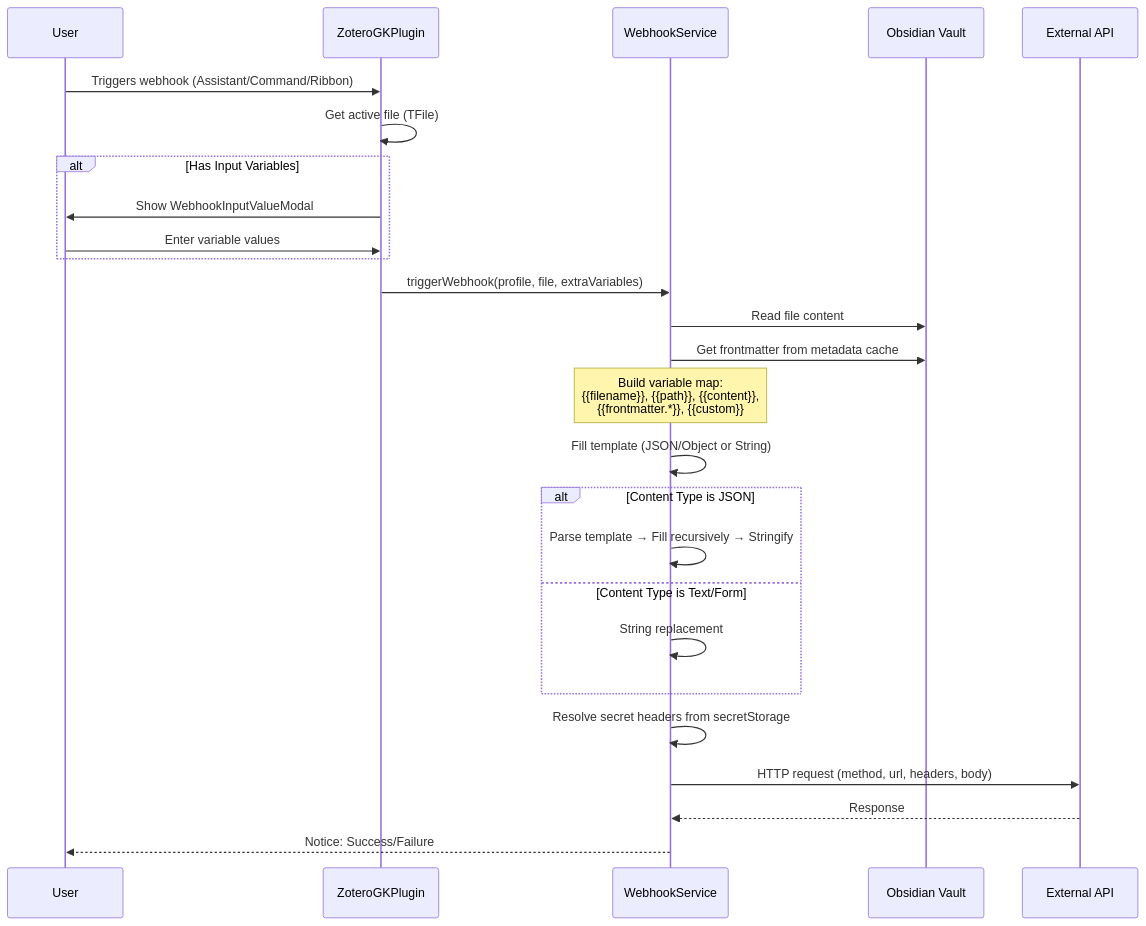
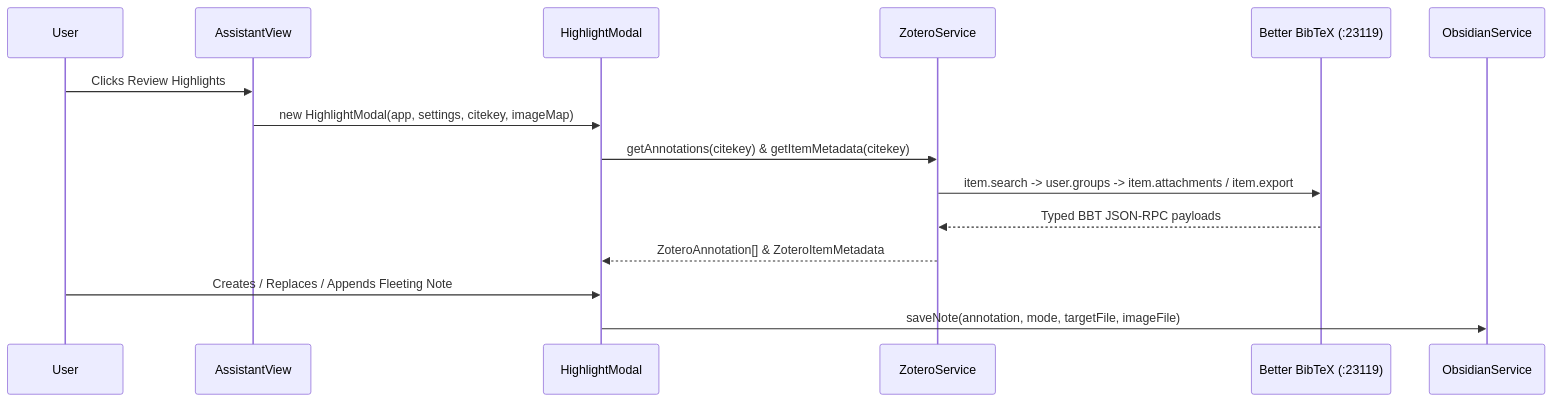
One commit to stone-home/Obsidian-Plugin-Zotero-Annotations-Reviewer changed the fifth of 5 diagrams in docs/ARCHITECTURE.md. Above: the diagram before and after it, drawn with Mermaid. The commit also changed other lines of this file and 122 other files, not shown here.

First line of the commit message:
feat(paper)!: unify Paper House hub, vault-backed templates/prompts, and zotero-assistant panel (#10)

````diff
--- a/docs/ARCHITECTURE.md
+++ b/docs/ARCHITECTURE.md
@@ -186,36 +212,18 @@
 ```mermaid
 sequenceDiagram
     participant User
-    participant Plugin as ZoteroGKPlugin
-    participant WebhookSvc as WebhookService
-    participant Obsidian as Obsidian Vault
-    participant ExtAPI as External API
-    
-    User->>Plugin: Triggers webhook (Assistant/Command/Ribbon)
-    Plugin->>Plugin: Get active file (TFile)
-    
-    alt Has Input Variables
-        Plugin->>User: Show WebhookInputValueModal
-        User->>Plugin: Enter variable values
-    end
-    
-    Plugin->>WebhookSvc: triggerWebhook(profile, file, extraVariables)
-    WebhookSvc->>Obsidian: Read file content
-    WebhookSvc->>Obsidian: Get frontmatter from metadata cache
-    
-    Note over WebhookSvc: Build variable map:<br/>{{filename}}, {{path}}, {{content}},<br/>{{frontmatter.*}}, {{custom}}
-    
-    WebhookSvc->>WebhookSvc: Fill template (JSON/Object or String)
-    
-    alt Content Type is JSON
-        WebhookSvc->>WebhookSvc: Parse template → Fill recursively → Stringify
-    else Content Type is Text/Form
-        WebhookSvc->>WebhookSvc: String replacement
-    end
-    
-    WebhookSvc->>WebhookSvc: Resolve secret headers from secretStorage
-    
-    WebhookSvc->>ExtAPI: HTTP request (method, url, headers, body)
-    ExtAPI-->>WebhookSvc: Response
-    WebhookSvc-->>User: Notice: Success/Failure
+    participant Assistant as AssistantView
+    participant Modal as HighlightModal
+    participant ZoteroSvc as ZoteroService
+    participant BBT as Better BibTeX (:23119)
+    participant ObsidianSvc as ObsidianService
+
+    User->>Assistant: Clicks Review Highlights
+    Assistant->>Modal: new HighlightModal(app, settings, citekey, imageMap)
+    Modal->>ZoteroSvc: getAnnotations(citekey) & getItemMetadata(citekey)
+    ZoteroSvc->>BBT: item.search -> user.groups -> item.attachments / item.export
+    BBT-->>ZoteroSvc: Typed BBT JSON-RPC payloads
+    ZoteroSvc-->>Modal: ZoteroAnnotation[] & ZoteroItemMetadata
+    User->>Modal: Creates / Replaces / Appends Fleeting Note
+    Modal->>ObsidianSvc: saveNote(annotation, mode, targetFile, imageFile)
 ```
````
